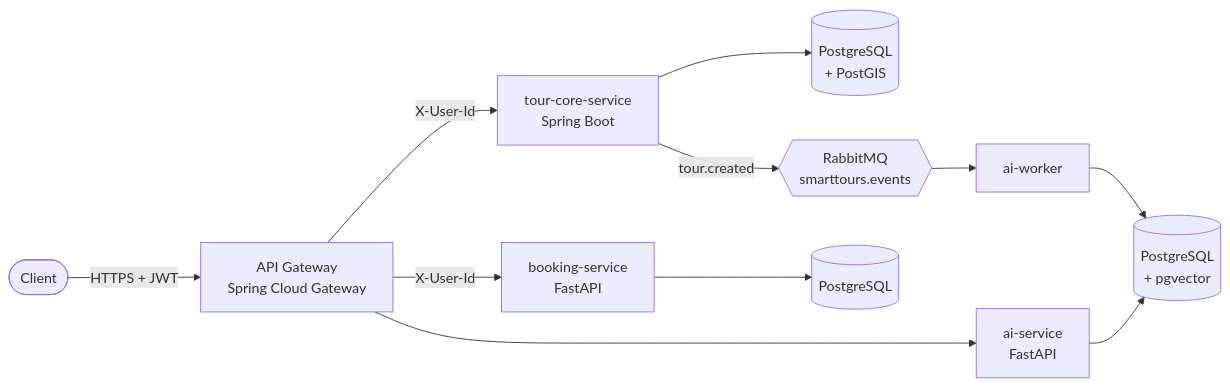
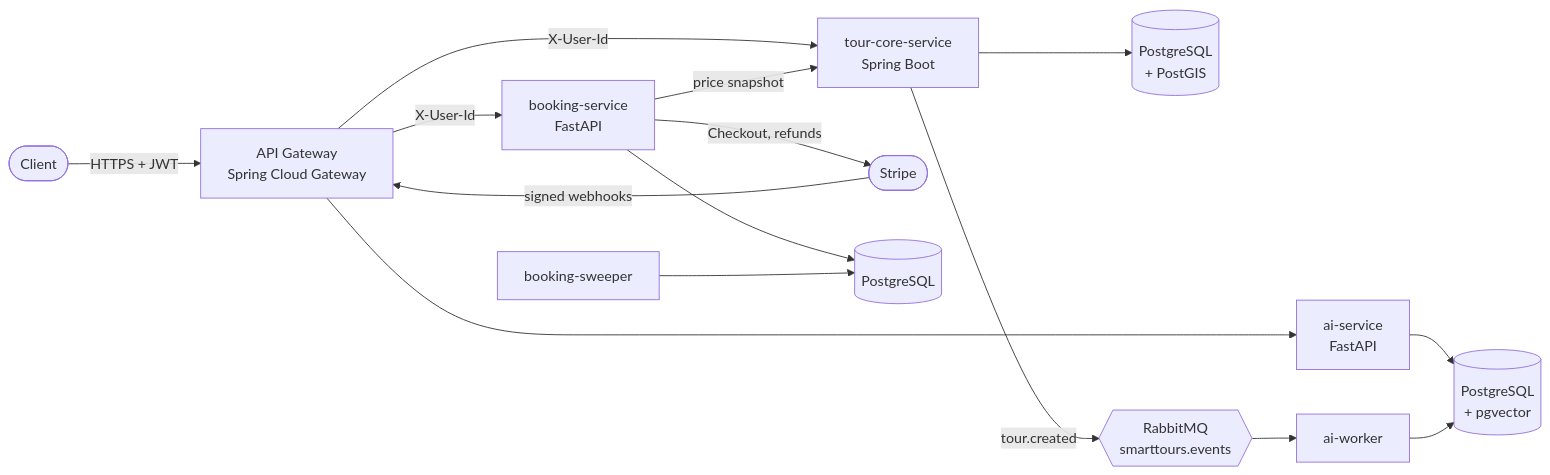
One commit to tsegale/smart-tours-distributed-api changed the first of 2 diagrams in README.md. Above: the diagram before and after it, drawn with Mermaid. The commit also changed other lines of this file and 5 other files, not shown here.

````diff
--- a/README.md
+++ b/README.md
@@ -10,12 +10,16 @@
 ```mermaid
 flowchart LR
     client([Client]) -->|HTTPS + JWT| gw[API Gateway<br/>Spring Cloud Gateway]
     gw -->|X-User-Id| tour[tour-core-service<br/>Spring Boot]
     gw -->|X-User-Id| book[booking-service<br/>FastAPI]
+    psp([Stripe]) -->|signed webhooks| gw
     gw --> ai[ai-service<br/>FastAPI]
+    book -->|price snapshot| tour
+    book -->|Checkout, refunds| psp
     tour --> toursdb[(PostgreSQL<br/>+ PostGIS)]
     book --> bookdb[(PostgreSQL)]
+    sweeper[booking-sweeper] --> bookdb
     ai --> aidb[(PostgreSQL<br/>+ pgvector)]
     tour -- tour.created --> mq{{RabbitMQ<br/>smarttours.events}}
     mq --> worker[ai-worker] --> aidb
 ```
````
